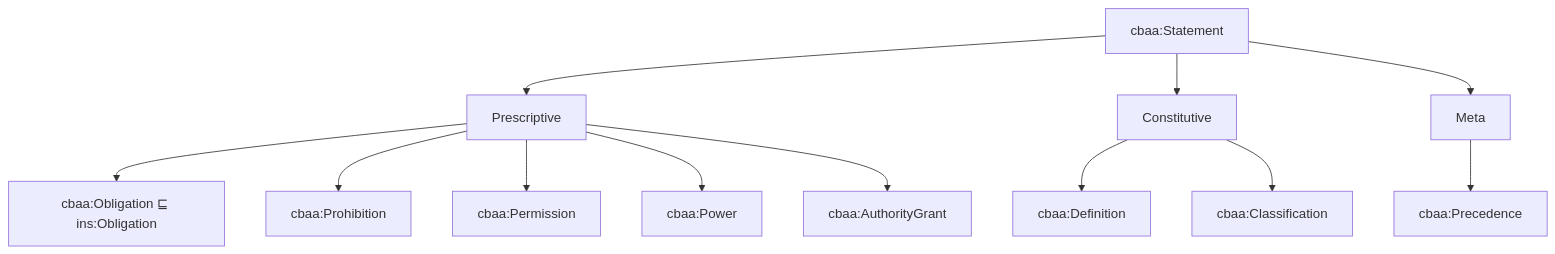
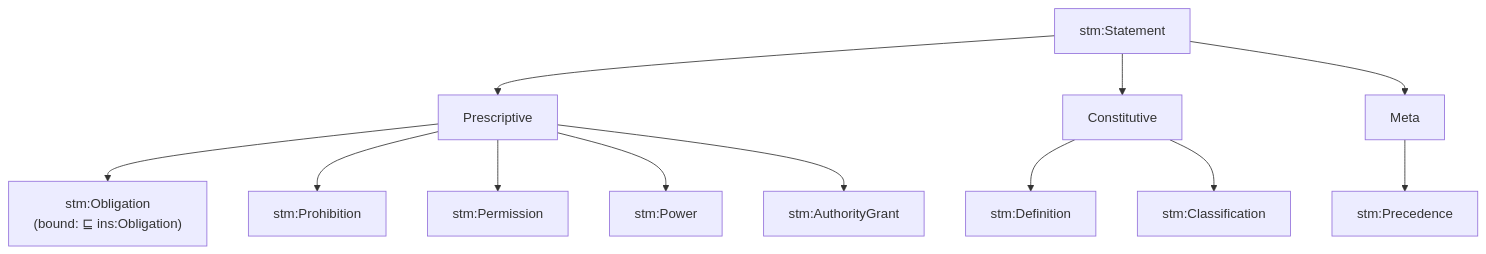
One commit to nebularis/open-cbaa changed diagram 18 of 52 in docs/architecture.md. Above: the diagram before and after it, drawn with Mermaid. The commit also changed other lines of this file and 44 other files, not shown here.

````diff
--- a/docs/architecture.md
+++ b/docs/architecture.md
@@ -415,14 +421,14 @@
 ```mermaid
 flowchart TB
-    ST["cbaa:Statement"] --> P["Prescriptive"]
+    ST["stm:Statement"] --> P["Prescriptive"]
     ST --> CO["Constitutive"]
     ST --> ME["Meta"]
-    P --> OB["cbaa:Obligation ⊑ ins:Obligation"]
-    P --> PR["cbaa:Prohibition"]
-    P --> PE["cbaa:Permission"]
-    P --> PW["cbaa:Power"]
-    P --> AG["cbaa:AuthorityGrant"]
-    CO --> DF["cbaa:Definition"]
-    CO --> CL["cbaa:Classification"]
-    ME --> PC["cbaa:Precedence"]
+    P --> OB["stm:Obligation<br/>(bound: ⊑ ins:Obligation)"]
+    P --> PR["stm:Prohibition"]
+    P --> PE["stm:Permission"]
+    P --> PW["stm:Power"]
+    P --> AG["stm:AuthorityGrant"]
+    CO --> DF["stm:Definition"]
+    CO --> CL["stm:Classification"]
+    ME --> PC["stm:Precedence"]
 ```
````
